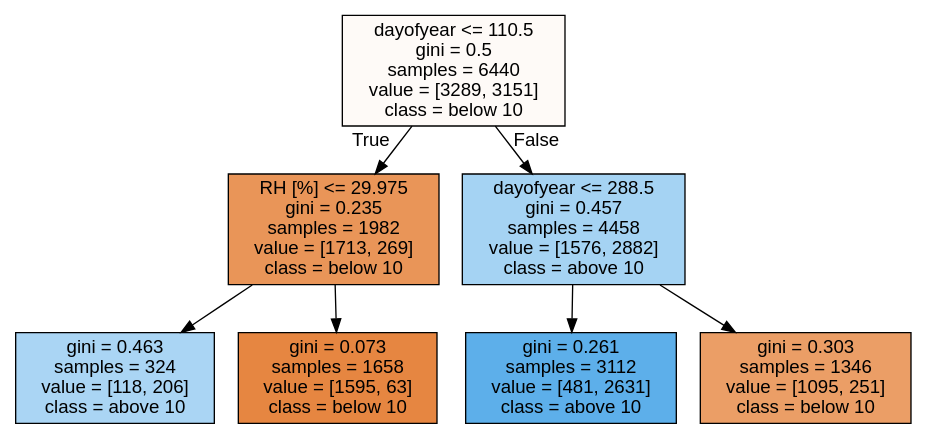
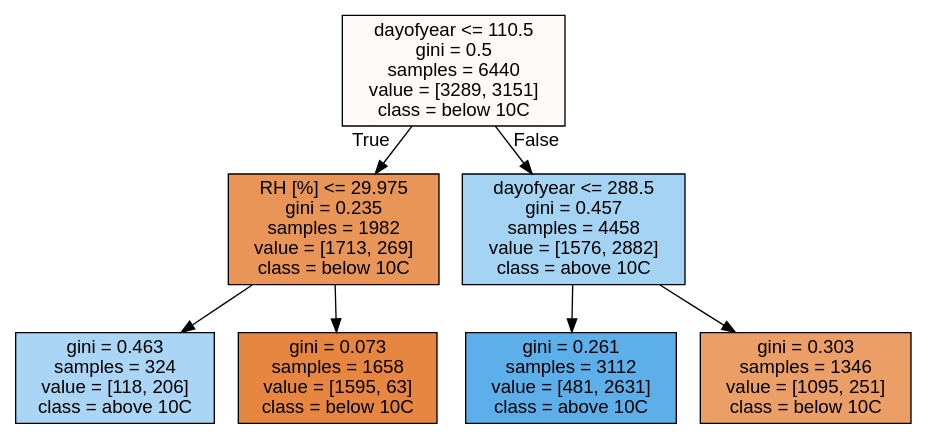
Before and after one commit to eabarnes1010/course_ml_ats: the diagram in code/figures/tree_classifier_christman.dot, drawn with Graphviz. The commit also changed 2 other files, not shown here.

```diff
--- a/code/figures/tree_classifier_christman.dot
+++ b/code/figures/tree_classifier_christman.dot
@@ -1,17 +1,17 @@
 digraph Tree {
 node [shape=box, style="filled", color="black", fontname="helvetica"] ;
 edge [fontname="helvetica"] ;
-0 [label="dayofyear <= 110.5\ngini = 0.5\nsamples = 6440\nvalue = [3289, 3151]\nclass = below 10", fillcolor="#fefaf7"] ;
-1 [label="RH [%] <= 29.975\ngini = 0.235\nsamples = 1982\nvalue = [1713, 269]\nclass = below 10", fillcolor="#e99558"] ;
+0 [label="dayofyear <= 110.5\ngini = 0.5\nsamples = 6440\nvalue = [3289, 3151]\nclass = below 10C", fillcolor="#fefaf7"] ;
+1 [label="RH [%] <= 29.975\ngini = 0.235\nsamples = 1982\nvalue = [1713, 269]\nclass = below 10C", fillcolor="#e99558"] ;
 0 -> 1 [labeldistance=2.5, labelangle=45, headlabel="True"] ;
-2 [label="gini = 0.463\nsamples = 324\nvalue = [118, 206]\nclass = above 10", fillcolor="#aad5f4"] ;
+2 [label="gini = 0.463\nsamples = 324\nvalue = [118, 206]\nclass = above 10C", fillcolor="#aad5f4"] ;
 1 -> 2 ;
-3 [label="gini = 0.073\nsamples = 1658\nvalue = [1595, 63]\nclass = below 10", fillcolor="#e68641"] ;
+3 [label="gini = 0.073\nsamples = 1658\nvalue = [1595, 63]\nclass = below 10C", fillcolor="#e68641"] ;
 1 -> 3 ;
-4 [label="dayofyear <= 288.5\ngini = 0.457\nsamples = 4458\nvalue = [1576, 2882]\nclass = above 10", fillcolor="#a5d3f3"] ;
+4 [label="dayofyear <= 288.5\ngini = 0.457\nsamples = 4458\nvalue = [1576, 2882]\nclass = above 10C", fillcolor="#a5d3f3"] ;
 0 -> 4 [labeldistance=2.5, labelangle=-45, headlabel="False"] ;
-5 [label="gini = 0.261\nsamples = 3112\nvalue = [481, 2631]\nclass = above 10", fillcolor="#5dafea"] ;
+5 [label="gini = 0.261\nsamples = 3112\nvalue = [481, 2631]\nclass = above 10C", fillcolor="#5dafea"] ;
 4 -> 5 ;
-6 [label="gini = 0.303\nsamples = 1346\nvalue = [1095, 251]\nclass = below 10", fillcolor="#eb9e66"] ;
+6 [label="gini = 0.303\nsamples = 1346\nvalue = [1095, 251]\nclass = below 10C", fillcolor="#eb9e66"] ;
 4 -> 6 ;
 }
```
